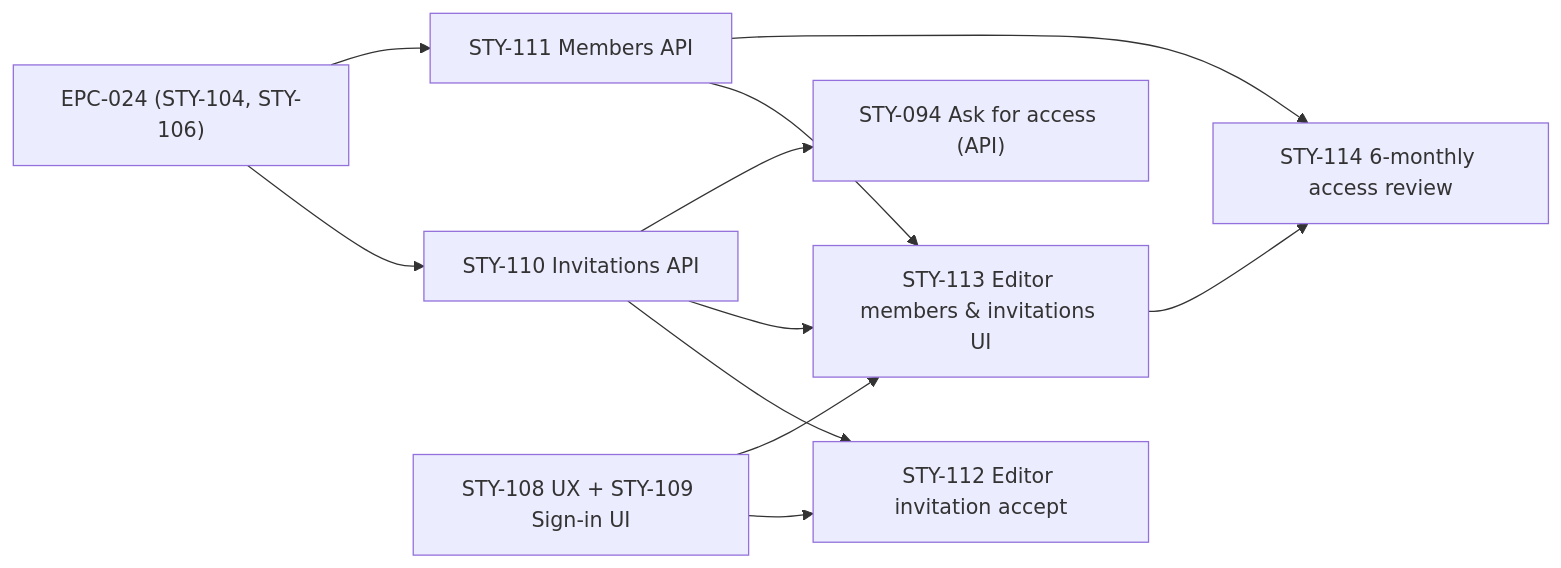
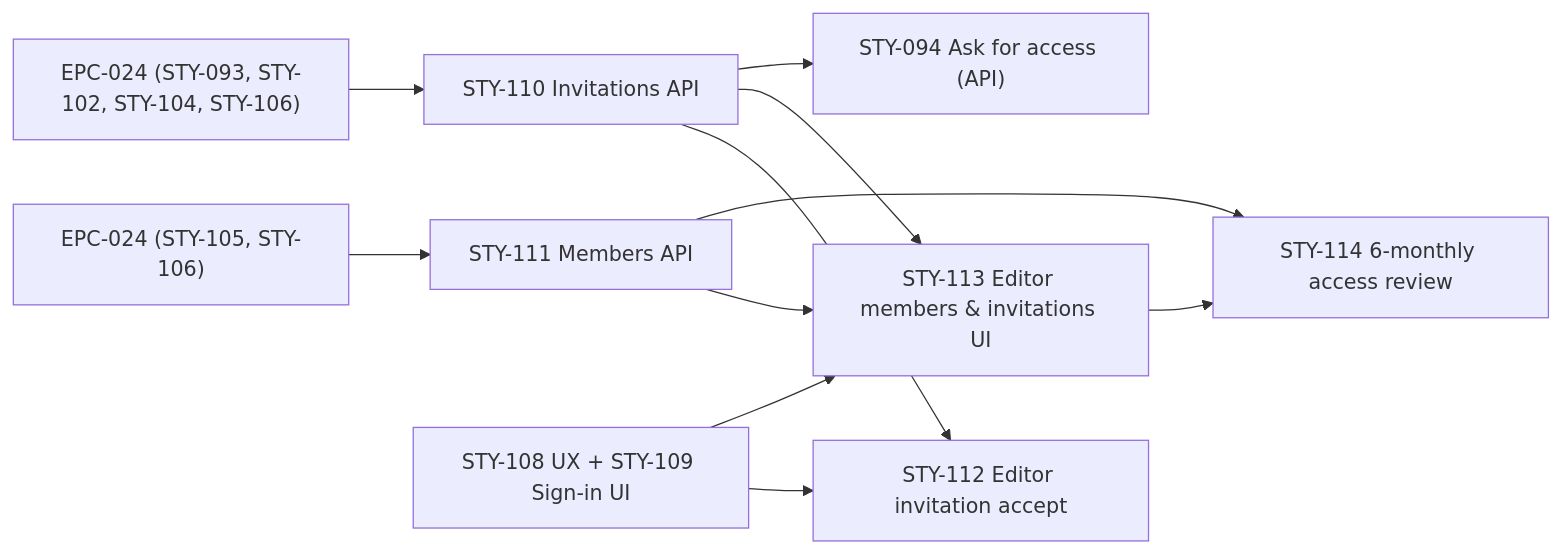
One commit to DHCW-Digital-Health-and-Care-Wales/roadmaps changed the diagram in docs/backlog/EPC-025-tenant-members-and-invitations/README.md. Above: the diagram before and after it, drawn with Mermaid. The commit also changed other lines of this file and 20 other files, not shown here.

````diff
--- a/docs/backlog/EPC-025-tenant-members-and-invitations/README.md
+++ b/docs/backlog/EPC-025-tenant-members-and-invitations/README.md
@@ -95,13 +95,13 @@
 ```mermaid
 flowchart LR
-  EPC24["EPC-024 (STY-104, STY-106)"] --> STY110["STY-110 Invitations API"]
-  EPC24 --> STY111["STY-111 Members API"]
+  EPC24A["EPC-024 (STY-093, STY-102, STY-104, STY-106)"] --> STY110["STY-110 Invitations API"]
+  EPC24B["EPC-024 (STY-105, STY-106)"] --> STY111["STY-111 Members API"]
   STY108["STY-108 UX + STY-109 Sign-in UI"] --> STY112["STY-112 Editor invitation accept"]
   STY110 --> STY112
   STY108 --> STY113["STY-113 Editor members & invitations UI"]
   STY110 --> STY113
   STY111 --> STY113
   STY111 --> STY114["STY-114 6-monthly access review"]
   STY113 --> STY114
   STY110 --> STY094["STY-094 Ask for access (API)"]
 ```
````
